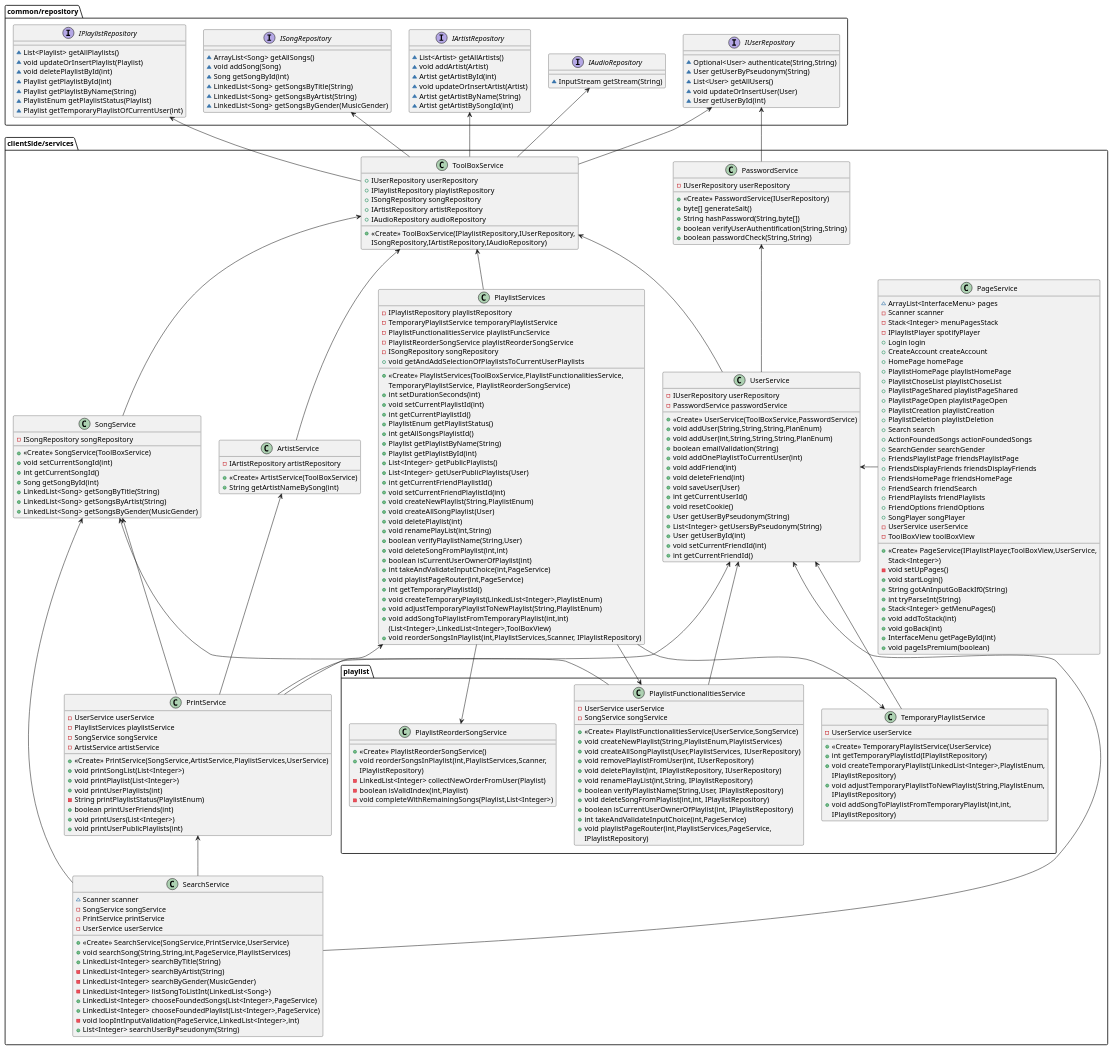
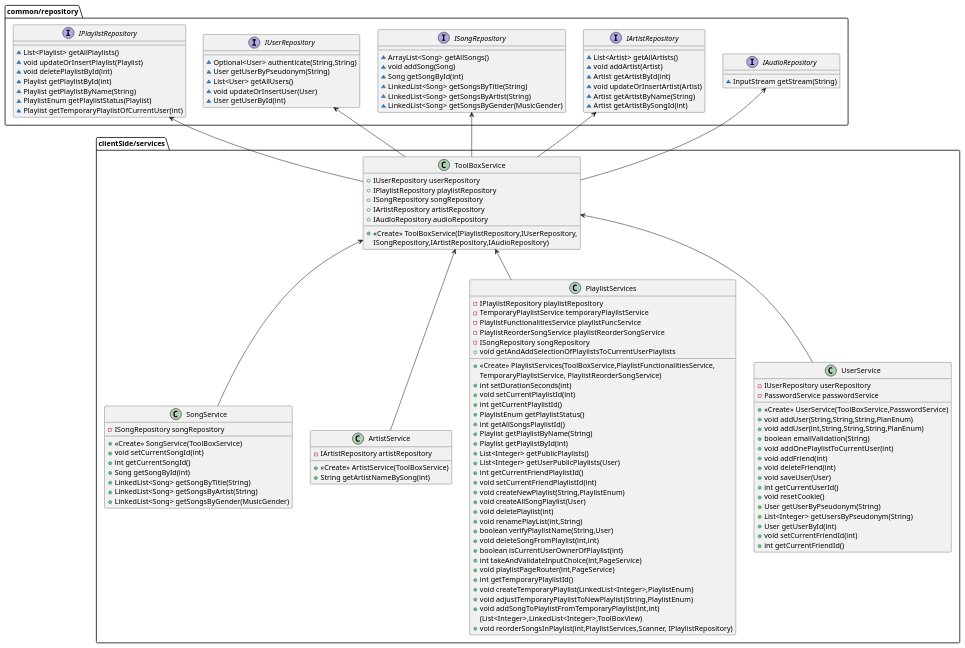
One commit to marionrossier/MiniSpotify changed the diagram in ToolBoxeService.puml. Above: the diagram before and after it, drawn with PlantUML. The commit also changed 1 other file, not shown here.

Commit message:
refactor: remove unused service classes and streamline service dependencies in UML diagrams

```diff
--- a/ToolBoxeService.puml
+++ b/ToolBoxeService.puml
@@ -1,5 +1,4 @@
 @startuml
-'left to right direction
 
 class clientSide/services.SongService {
 - ISongRepository songRepository
@@ -12,56 +11,11 @@
 + LinkedList<Song> getSongsByGender(MusicGender)
 }
 
-
-class "clientSide/services.playlist.PlaylistFunctionalitiesService" {
-- UserService userService
-- SongService songService
-+ <<Create>> PlaylistFunctionalitiesService(UserService,SongService)
-+ void createNewPlaylist(String,PlaylistEnum,PlaylistServices)
-+ void createAllSongPlaylist(User,PlaylistServices, IUserRepository)
-+ void removePlaylistFromUser(int, IUserRepository)
-+ void deletePlaylist(int, IPlaylistRepository, IUserRepository)
-+ void renamePlayList(int,String, IPlaylistRepository)
-+ boolean verifyPlaylistName(String,User, IPlaylistRepository)
-+ void deleteSongFromPlaylist(int,int, IPlaylistRepository)
-+ boolean isCurrentUserOwnerOfPlaylist(int, IPlaylistRepository)
-+ int takeAndValidateInputChoice(int,PageService)
-+ void playlistPageRouter(int,PlaylistServices,PageService,
-IPlaylistRepository)
-}
-
-class "clientSide/services.playlist.PlaylistReorderSongService" {
-+ <<Create>> PlaylistReorderSongService()
-+ void reorderSongsInPlaylist(int,PlaylistServices,Scanner,
-IPlaylistRepository)
-- LinkedList<Integer> collectNewOrderFromUser(Playlist)
-- boolean isValidIndex(int,Playlist)
-- void completeWithRemainingSongs(Playlist,List<Integer>)
-}
-
-
-class "clientSide/services.PrintService" {
-- UserService userService
-- PlaylistServices playlistService
-- SongService songService
-- ArtistService artistService
-+ <<Create>> PrintService(SongService,ArtistService,PlaylistServices,UserService)
-+ void printSongList(List<Integer>)
-+ void printPlaylist(List<Integer>)
-+ void printUserPlaylists(int)
-- String printPlaylistStatus(PlaylistEnum)
-+ boolean printUserFriends(int)
-+ void printUsers(List<Integer>)
-+ void printUserPublicPlaylists(int)
-}
-
-
 class "clientSide/services.ArtistService" {
 - IArtistRepository artistRepository
 + <<Create>> ArtistService(ToolBoxService)
 + String getArtistNameBySong(int)
 }
-
 
 class "clientSide/services.PlaylistServices" {
 - IPlaylistRepository playlistRepository
@@ -100,25 +54,6 @@
 + void reorderSongsInPlaylist(int,PlaylistServices,Scanner, IPlaylistRepository)
 }
 
-
-class clientSide/services.SearchService {
-~ Scanner scanner
-- SongService songService
-- PrintService printService
-- UserService userService
-+ <<Create>> SearchService(SongService,PrintService,UserService)
-+ void searchSong(String,String,int,PageService,PlaylistServices)
-+ LinkedList<Integer> searchByTitle(String)
-- LinkedList<Integer> searchByArtist(String)
-- LinkedList<Integer> searchByGender(MusicGender)
-- LinkedList<Integer> listSongToListInt(LinkedList<Song>)
-+ LinkedList<Integer> chooseFoundedSongs(List<Integer>,PageService)
-+ LinkedList<Integer> chooseFoundedPlaylist(List<Integer>,PageService)
-- void loopIntInputValidation(PageService,LinkedList<Integer>,int)
-+ List<Integer> searchUserByPseudonym(String)
-}
-
-
 class clientSide/services.UserService {
 - IUserRepository userRepository
 - PasswordService passwordService
@@ -148,69 +83,6 @@
 + IAudioRepository audioRepository
 + <<Create>> ToolBoxService(IPlaylistRepository,IUserRepository,
 ISongRepository,IArtistRepository,IAudioRepository)
-}
-
-
-class "clientSide/services.playlist.TemporaryPlaylistService" {
-- UserService userService
-+ <<Create>> TemporaryPlaylistService(UserService)
-+ int getTemporaryPlaylistId(IPlaylistRepository)
-+ void createTemporaryPlaylist(LinkedList<Integer>,PlaylistEnum,
-IPlaylistRepository)
-+ void adjustTemporaryPlaylistToNewPlaylist(String,PlaylistEnum,
-IPlaylistRepository)
-+ void addSongToPlaylistFromTemporaryPlaylist(int,int,
-IPlaylistRepository)
-}
-
-
-class "clientSide/services.PasswordService" {
-- IUserRepository userRepository
-+ <<Create>> PasswordService(IUserRepository)
-+ byte[] generateSalt()
-+ String hashPassword(String,byte[])
-+ boolean verifyUserAuthentification(String,String)
-+ boolean passwordCheck(String,String)
-}
-
-
-class clientSide/services.PageService {
-~ ArrayList<InterfaceMenu> pages
-- Scanner scanner
-- Stack<Integer> menuPagesStack
-- IPlaylistPlayer spotifyPlayer
-+ Login login
-+ CreateAccount createAccount
-+ HomePage homePage
-+ PlaylistHomePage playlistHomePage
-+ PlaylistChoseList playlistChoseList
-+ PlaylistPageShared playlistPageShared
-+ PlaylistPageOpen playlistPageOpen
-+ PlaylistCreation playlistCreation
-+ PlaylistDeletion playlistDeletion
-+ Search search
-+ ActionFoundedSongs actionFoundedSongs
-+ SearchGender searchGender
-+ FriendsPlaylistPage friendsPlaylistPage
-+ FriendsDisplayFriends friendsDisplayFriends
-+ FriendsHomePage friendsHomePage
-+ FriendSearch friendSearch
-+ FriendPlaylists friendPlaylists
-+ FriendOptions friendOptions
-+ SongPlayer songPlayer
-- UserService userService
-- ToolBoxView toolBoxView
-+ <<Create>> PageService(IPlaylistPlayer,ToolBoxView,UserService,
-Stack<Integer>)
-- void setUpPages()
-+ void startLogin()
-+ String gotAnInputGoBackIf0(String)
-+ int tryParseInt(String)
-+ Stack<Integer> getMenuPages()
-+ void addToStack(int)
-+ void goBack(int)
-+ InterfaceMenu getPageById(int)
-+ void pageIsPremium(boolean)
 }
 
 interface "common/repository.IUserRepository" {
@@ -255,34 +127,10 @@
 
 
 ' --- Dépendances générées ---
-
 "clientSide/services.SongService" -u-> "clientSide/services.ToolBoxService"
-
-"clientSide/services.playlist.PlaylistFunctionalitiesService" -u-> "clientSide/services.UserService"
-"clientSide/services.playlist.PlaylistFunctionalitiesService" -u-> "clientSide/services.SongService"
-
-"clientSide/services.PrintService" -u-> "clientSide/services.SongService"
-"clientSide/services.PrintService" -u-> "clientSide/services.ArtistService"
-"clientSide/services.PrintService" -u-> "clientSide/services.PlaylistServices"
-"clientSide/services.PrintService" -u-> "clientSide/services.UserService"
-
 "clientSide/services.ArtistService" -u-> "clientSide/services.ToolBoxService"
-
 "clientSide/services.PlaylistServices" -u-> "clientSide/services.ToolBoxService"
-"clientSide/services.PlaylistServices" -r-> "clientSide/services.playlist.PlaylistFunctionalitiesService"
-"clientSide/services.PlaylistServices" -r-> "clientSide/services.playlist.TemporaryPlaylistService"
-"clientSide/services.PlaylistServices" -r-> "clientSide/services.playlist.PlaylistReorderSongService"
-
-"clientSide/services.SearchService" -u--> "clientSide/services.SongService"
-"clientSide/services.SearchService" -l--> "clientSide/services.PrintService"
-"clientSide/services.SearchService" -u--> "clientSide/services.UserService"
-
 "clientSide/services.UserService" -u-> "clientSide/services.ToolBoxService"
-"clientSide/services.UserService" -u-> "clientSide/services.PasswordService"
-
-"clientSide/services.playlist.TemporaryPlaylistService" -u-> "clientSide/services.UserService"
-
-"clientSide/services.PasswordService" -u-> "common/repository.IUserRepository"
 
 "clientSide/services.ToolBoxService" -u-> "common/repository.IPlaylistRepository"
 "clientSide/services.ToolBoxService" -u-> "common/repository.IUserRepository"
@@ -290,13 +138,4 @@
 "clientSide/services.ToolBoxService" -u-> "common/repository.IArtistRepository"
 "clientSide/services.ToolBoxService" -u-> "common/repository.IAudioRepository"
 
-"clientSide/services.PageService" -l-> "clientSide/services.UserService"
-
-' --- Fin des dépendances ---
-
-"clientSide/services.PlaylistServices" -[hidden]l-> "clientSide/services.ArtistService"
-"clientSide/services.PlaylistServices" -[hidden]r-> "clientSide/services.UserService"
-"clientSide/services.SongService" -[hidden]r-> "clientSide/services.ArtistService"
-
-
 @enduml
```
